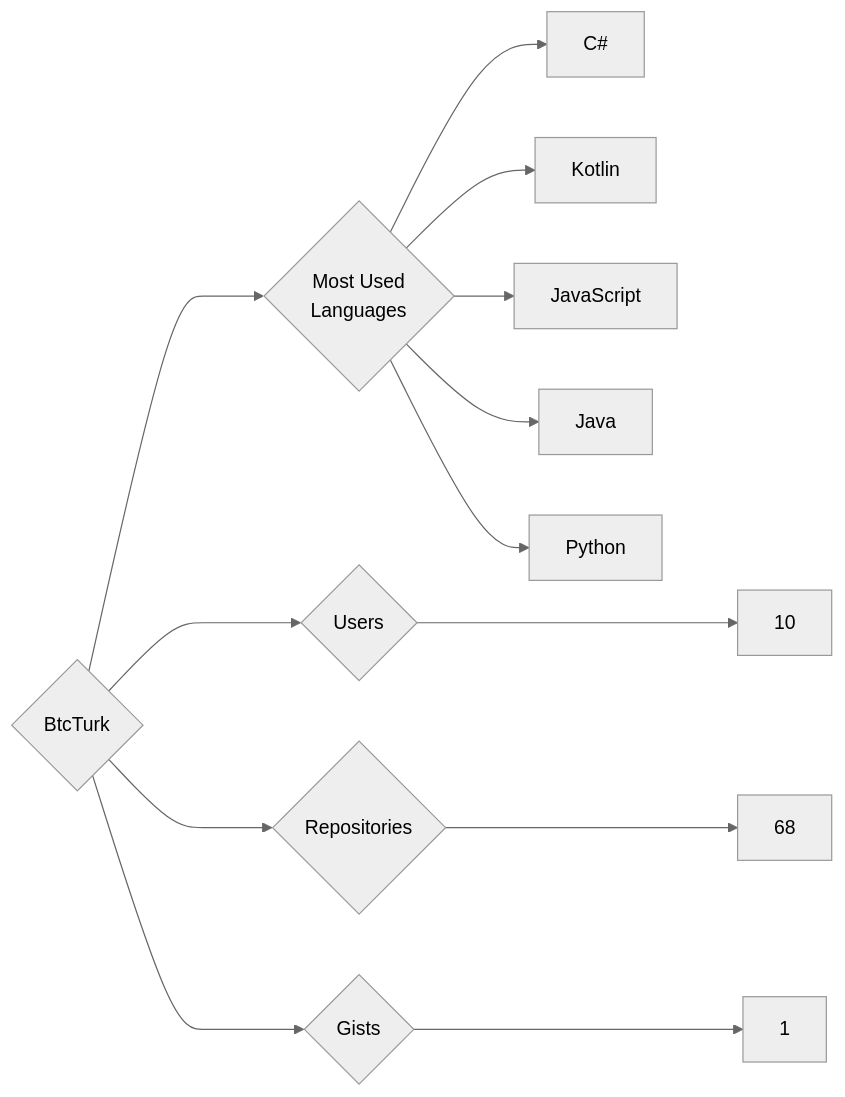
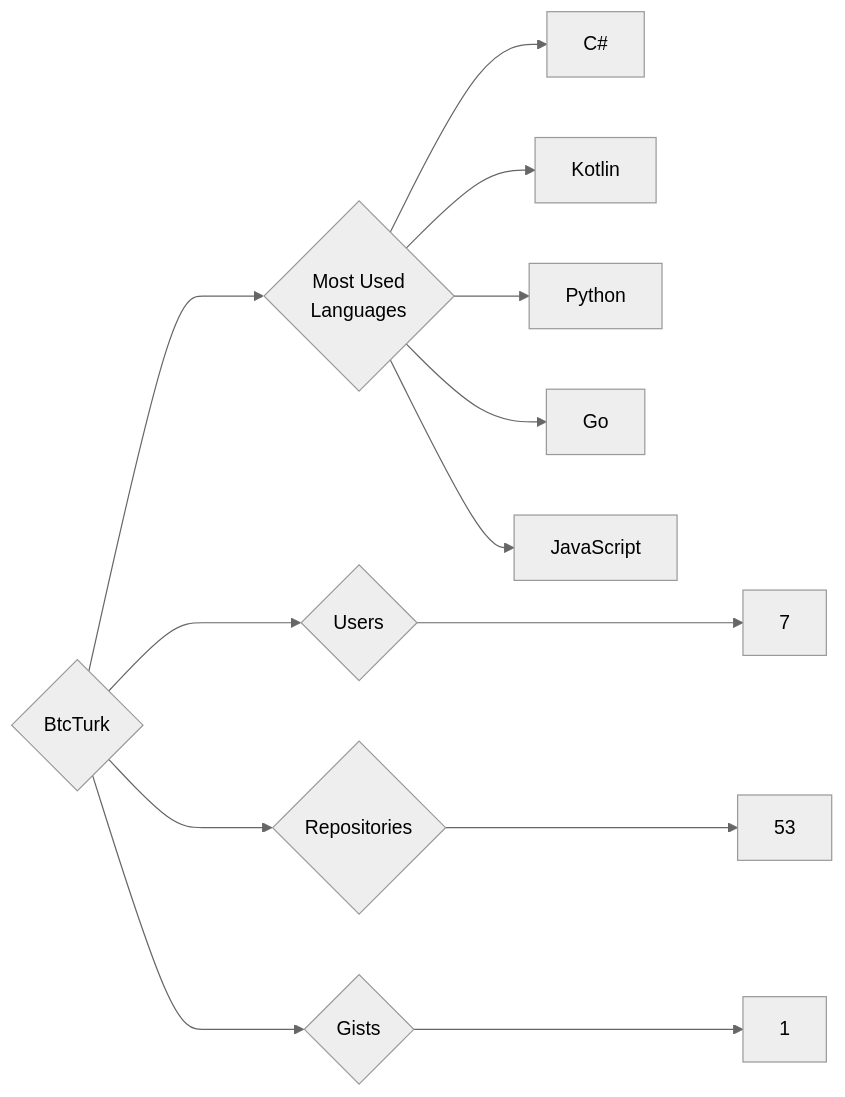
Before and after one commit to trickest/insiders: the diagram in targets/BtcTurk/README.md, drawn with Mermaid (neutral theme). The commit also changed 826 other files, not shown here.

````diff
--- a/targets/BtcTurk/README.md
+++ b/targets/BtcTurk/README.md
@@ -3,13 +3,13 @@
 ```mermaid
 graph LR
 COMPANY_NAME{BtcTurk}
-COMPANY_NAME ---> U{Users} ---> UN[10]
-COMPANY_NAME ---> R{Repositories} ---> RN[68]
+COMPANY_NAME ---> U{Users} ---> UN[7]
+COMPANY_NAME ---> R{Repositories} ---> RN[53]
 COMPANY_NAME ---> G{Gists} ---> GN[1]
 COMPANY_NAME ---> ML{Most Used<br>Languages}
 ML --> C#[C#]
 ML --> Kotlin[Kotlin]
+ML --> Python[Python]
+ML --> Go[Go]
 ML --> JavaScript[JavaScript]
-ML --> Java[Java]
-ML --> Python[Python]
 ```
````
